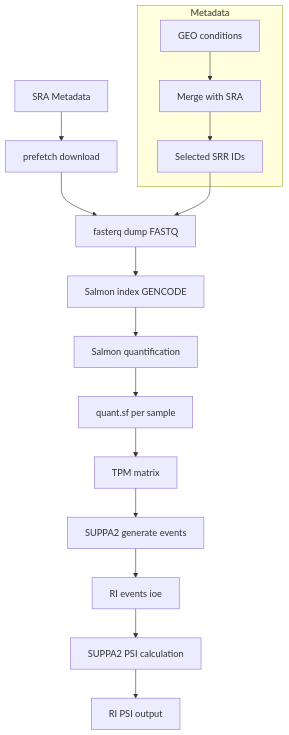
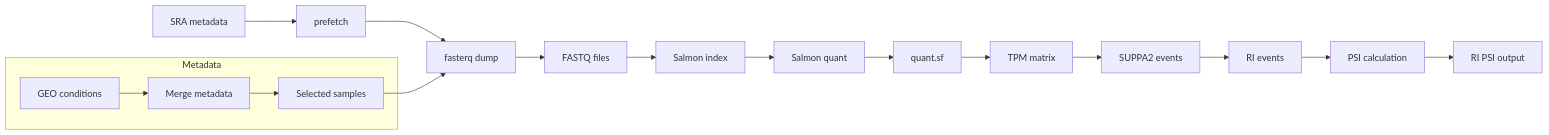
The diagram in README.md (KiarashBabaei/Transcriptome-AutoPipeline), drawn with Mermaid before and after one commit.

Commit message:
Update pipeline flowchart in README.md

````diff
--- a/README.md
+++ b/README.md
@@ -37,20 +37,21 @@
 ```mermaid
-flowchart TD
-    A[SRA Metadata] --> B[prefetch download]
-    B --> C[fasterq dump FASTQ]
-    C --> D[Salmon index GENCODE]
-    D --> E[Salmon quantification]
-    E --> F[quant.sf per sample]
-    F --> G[TPM matrix]
-    G --> H[SUPPA2 generate events]
-    H --> I[RI events ioe]
-    I --> J[SUPPA2 PSI calculation]
-    J --> K[RI PSI output]
+flowchart LR
+    A[SRA metadata] --> B[prefetch]
+    B --> C[fasterq dump]
+    C --> D[FASTQ files]
+    D --> E[Salmon index]
+    E --> F[Salmon quant]
+    F --> G[quant.sf]
+    G --> H[TPM matrix]
+    H --> I[SUPPA2 events]
+    I --> J[RI events]
+    J --> K[PSI calculation]
+    K --> L[RI PSI output]
 
     subgraph Metadata
-        M1[GEO conditions] --> M2[Merge with SRA]
-        M2 --> M3[Selected SRR IDs]
+        M1[GEO conditions] --> M2[Merge metadata]
+        M2 --> M3[Selected samples]
     end
 
     M3 --> C
 ```
````
